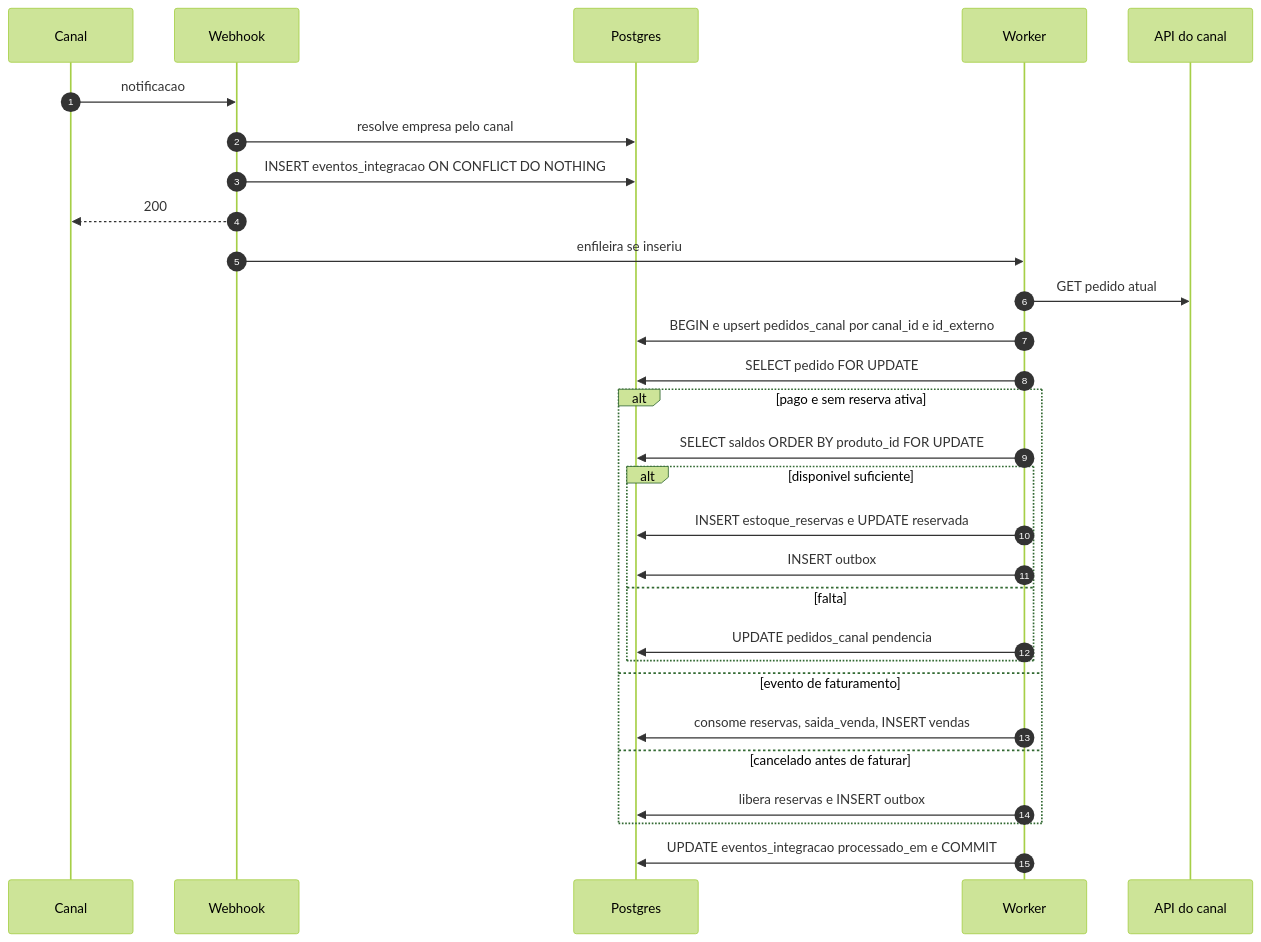
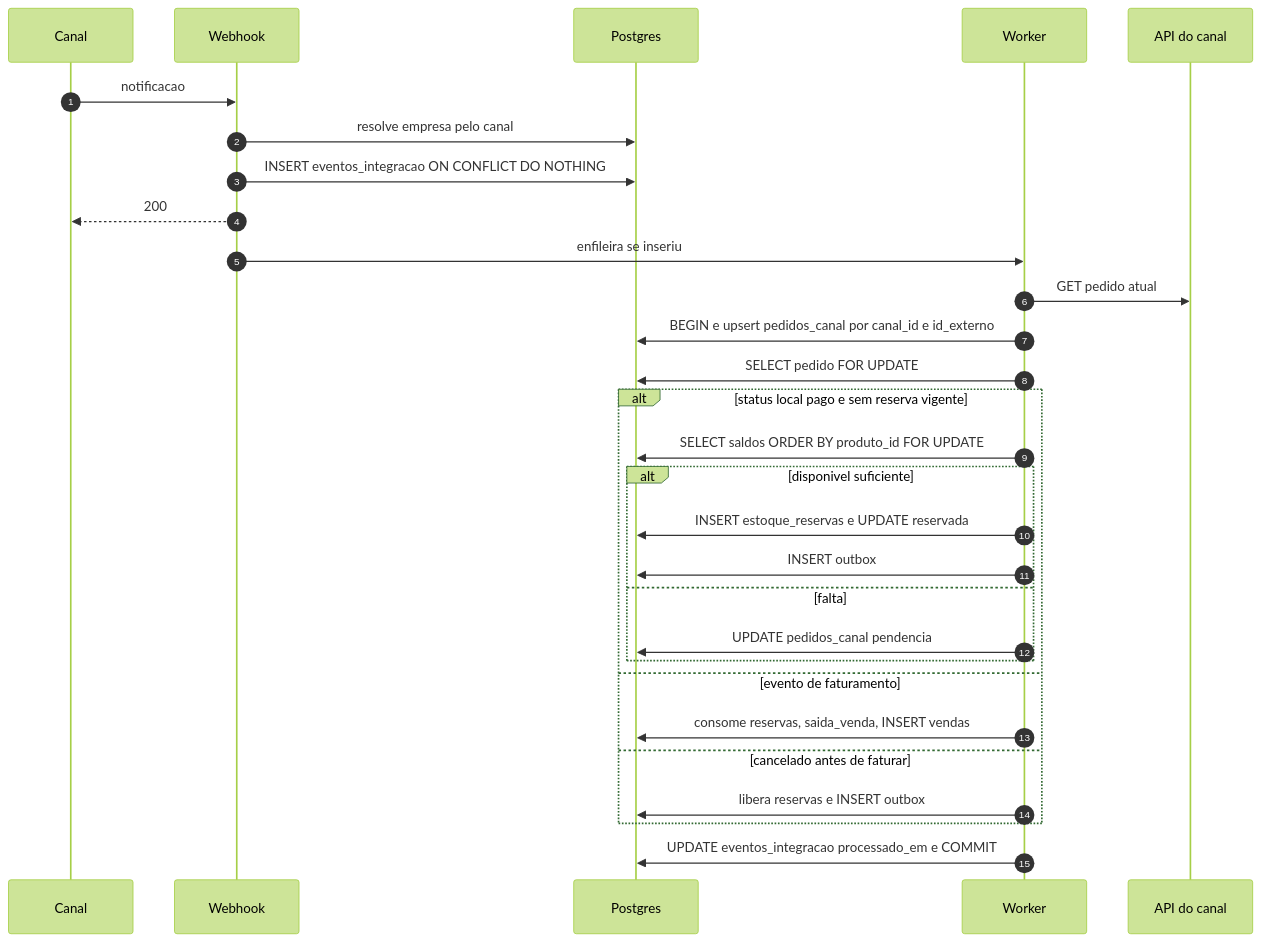
Before and after one commit to pcfmello/summer-motos: the tenth of 10 diagrams in docs/modelo-dados.md, drawn with Mermaid (forest theme). The commit also changed other lines of this file and 77 other files, not shown here.

First line of the commit message:
feat(banco): recurso de migrações e schema completo das 59 tabelas

````diff
--- a/docs/modelo-dados.md
+++ b/docs/modelo-dados.md
@@ -2435,31 +2478,31 @@
 ```mermaid
 sequenceDiagram
   autonumber
   participant ML as Canal
   participant W as Webhook
   participant DB as Postgres
   participant K as Worker
   participant API as API do canal
   ML->>W: notificacao
   W->>DB: resolve empresa pelo canal
   W->>DB: INSERT eventos_integracao ON CONFLICT DO NOTHING
   W-->>ML: 200
   W->>K: enfileira se inseriu
   K->>API: GET pedido atual
   K->>DB: BEGIN e upsert pedidos_canal por canal_id e id_externo
   K->>DB: SELECT pedido FOR UPDATE
-  alt pago e sem reserva ativa
+  alt status local pago e sem reserva vigente
     K->>DB: SELECT saldos ORDER BY produto_id FOR UPDATE
     alt disponivel suficiente
       K->>DB: INSERT estoque_reservas e UPDATE reservada
       K->>DB: INSERT outbox
     else falta
       K->>DB: UPDATE pedidos_canal pendencia
     end
   else evento de faturamento
     K->>DB: consome reservas, saida_venda, INSERT vendas
   else cancelado antes de faturar
     K->>DB: libera reservas e INSERT outbox
   end
   K->>DB: UPDATE eventos_integracao processado_em e COMMIT
 ```
````
